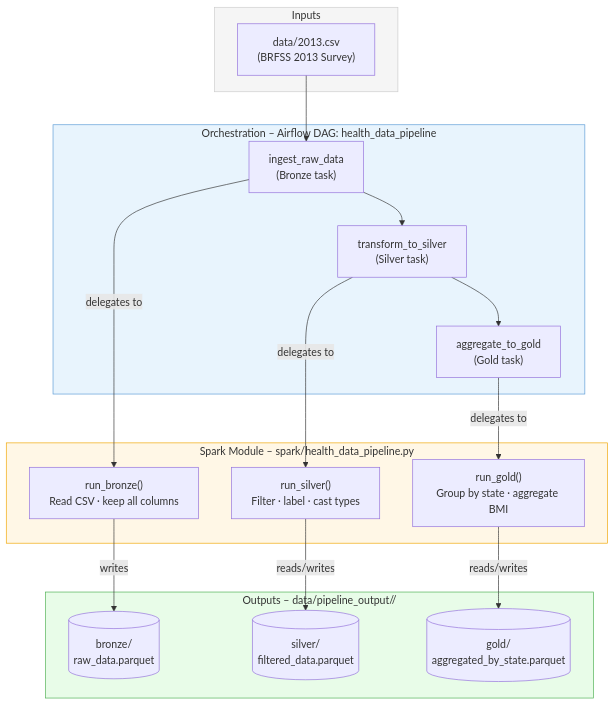
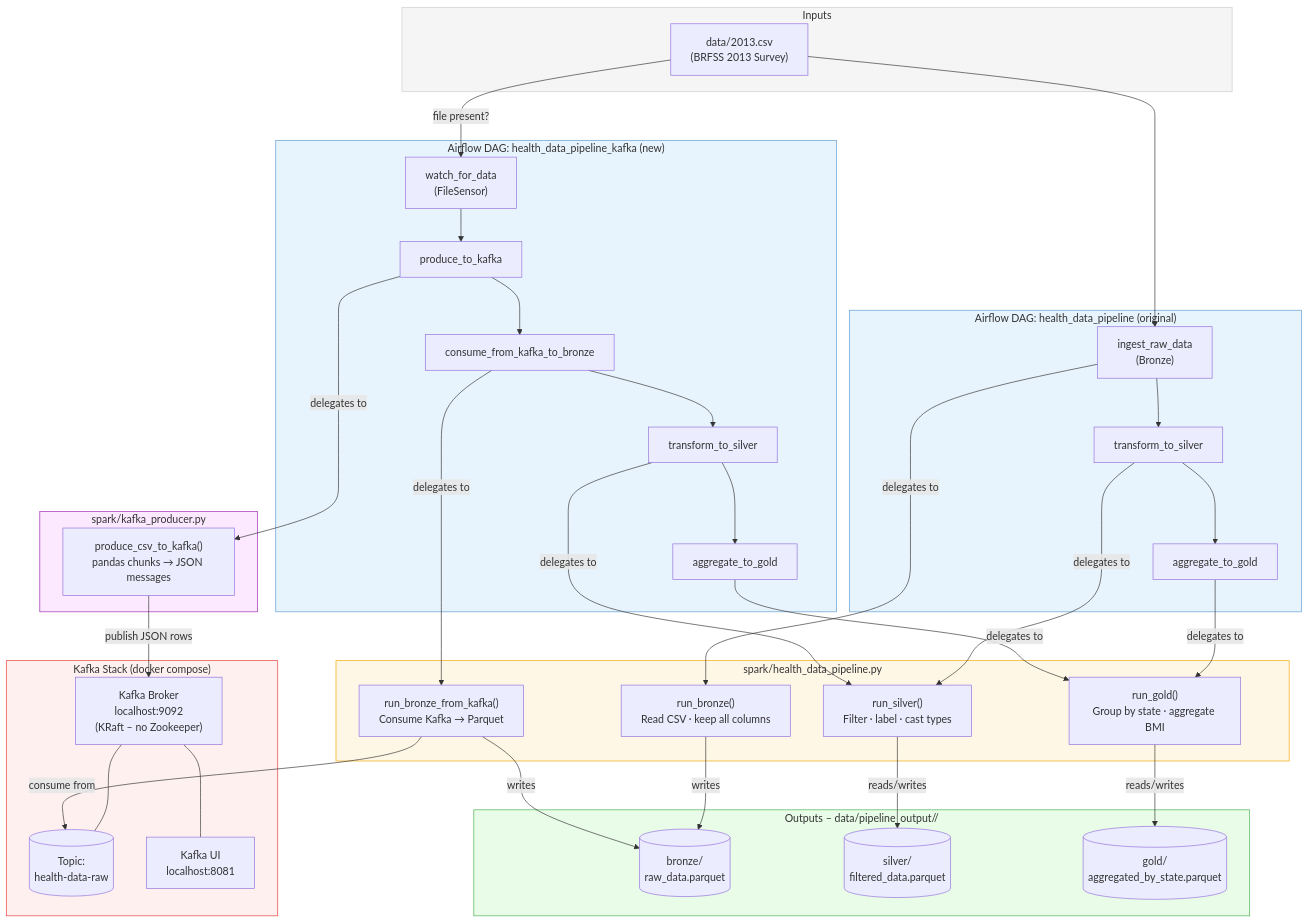
One commit to justynadanielas/cdc-data-analysis changed the diagram in pipeline_flow.md. Above: the diagram before and after it, drawn with Mermaid. The commit also changed 4 other files, not shown here.

Commit message:
add working docker-compose with kafka

````diff
--- a/pipeline_flow.md
+++ b/pipeline_flow.md
@@ -1,38 +1,76 @@
 ```mermaid
 flowchart TD
     subgraph inputs["Inputs"]
         CSV["data/2013.csv<br/>(BRFSS 2013 Survey)"]
     end
 
-    subgraph orchestration["Orchestration – Airflow DAG: health_data_pipeline"]
-        T1["ingest_raw_data<br/>(Bronze task)"]
-        T2["transform_to_silver<br/>(Silver task)"]
-        T3["aggregate_to_gold<br/>(Gold task)"]
-        T1 --> T2 --> T3
+    subgraph kafka_stack["Kafka Stack (docker compose)"]
+        BROKER["Kafka Broker<br/>localhost:9092<br/>(KRaft – no Zookeeper)"]
+        TOPIC[("Topic:<br/>health-data-raw")]
+        UI["Kafka UI<br/>localhost:8081"]
+        BROKER --- TOPIC
+        BROKER --- UI
     end
 
-    subgraph spark_module["Spark Module – spark/health_data_pipeline.py"]
+    subgraph dag_direct["Airflow DAG: health_data_pipeline (original)"]
+        T1["ingest_raw_data<br/>(Bronze)"]
+        T2_d["transform_to_silver"]
+        T3_d["aggregate_to_gold"]
+        T1 --> T2_d --> T3_d
+    end
+
+    subgraph dag_kafka["Airflow DAG: health_data_pipeline_kafka (new)"]
+        FS["watch_for_data<br/>(FileSensor)"]
+        P["produce_to_kafka"]
+        C["consume_from_kafka_to_bronze"]
+        T2_k["transform_to_silver"]
+        T3_k["aggregate_to_gold"]
+        FS --> P --> C --> T2_k --> T3_k
+    end
+
+    subgraph spark_module["spark/health_data_pipeline.py"]
         S1["run_bronze()<br/>Read CSV · keep all columns"]
+        S1K["run_bronze_from_kafka()<br/>Consume Kafka → Parquet"]
         S2["run_silver()<br/>Filter · label · cast types"]
         S3["run_gold()<br/>Group by state · aggregate BMI"]
+    end
+
+    subgraph producer_module["spark/kafka_producer.py"]
+        PROD["produce_csv_to_kafka()<br/>pandas chunks → JSON messages"]
     end
 
     subgraph storage["Outputs – data/pipeline_output/<run_id>/"]
         B[("bronze/<br/>raw_data.parquet")]
         SL[("silver/<br/>filtered_data.parquet")]
         G[("gold/<br/>aggregated_by_state.parquet")]
     end
 
+    %% Direct path
     CSV --> T1
     T1 -- "delegates to" --> S1
-    T2 -- "delegates to" --> S2
-    T3 -- "delegates to" --> S3
+    T2_d -- "delegates to" --> S2
+    T3_d -- "delegates to" --> S3
+
+    %% Kafka path
+    CSV -- "file present?" --> FS
+    P -- "delegates to" --> PROD
+    PROD -- "publish JSON rows" --> BROKER
+    C -- "delegates to" --> S1K
+    S1K -- "consume from" --> TOPIC
+    T2_k -- "delegates to" --> S2
+    T3_k -- "delegates to" --> S3
+
+    %% Shared writes
     S1 -- "writes" --> B
+    S1K -- "writes" --> B
     S2 -- "reads/writes" --> SL
     S3 -- "reads/writes" --> G
 
     style inputs fill:#f5f5f5,stroke:#ccc
-    style orchestration fill:#e8f4fd,stroke:#5b9bd5
+    style kafka_stack fill:#fff0f0,stroke:#e53935
+    style dag_direct fill:#e8f4fd,stroke:#5b9bd5
+    style dag_kafka fill:#e8f4fd,stroke:#5b9bd5
     style spark_module fill:#fff7e6,stroke:#f0a500
+    style producer_module fill:#fce8ff,stroke:#9c27b0
     style storage fill:#e8fce8,stroke:#4caf50
 ```
````
